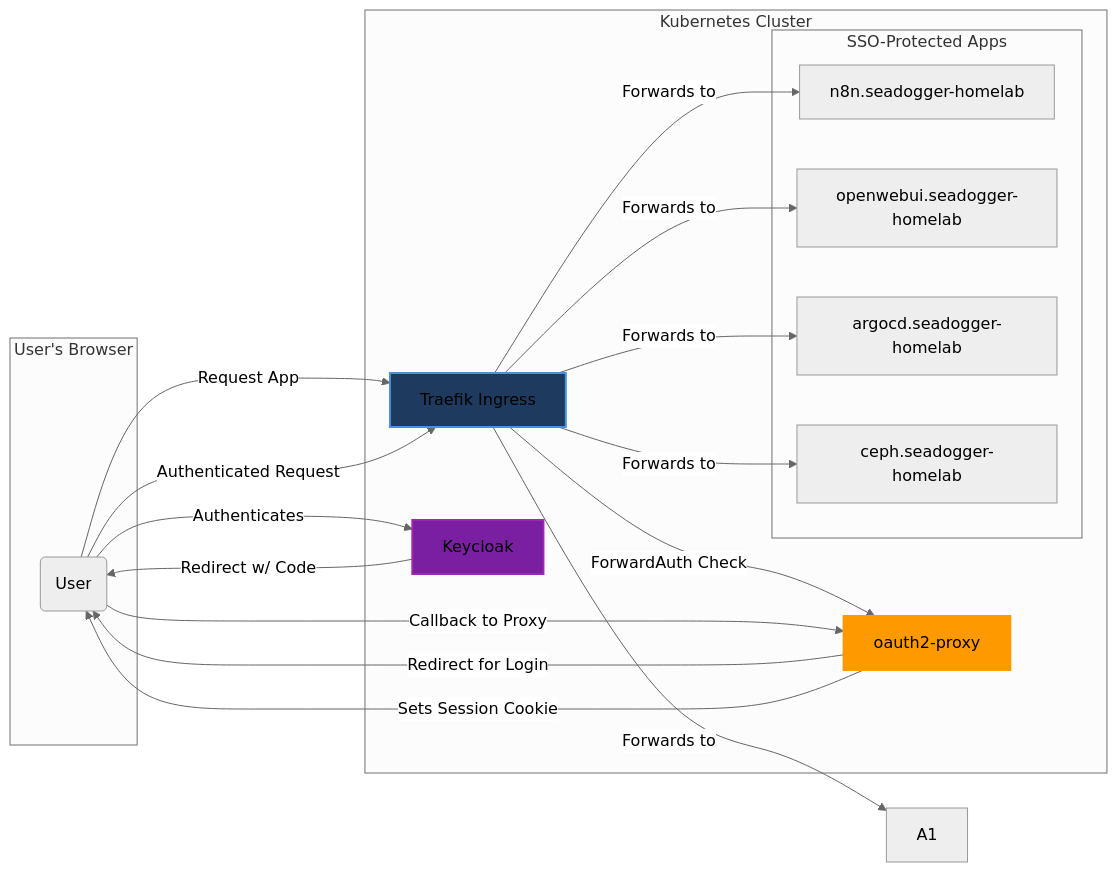
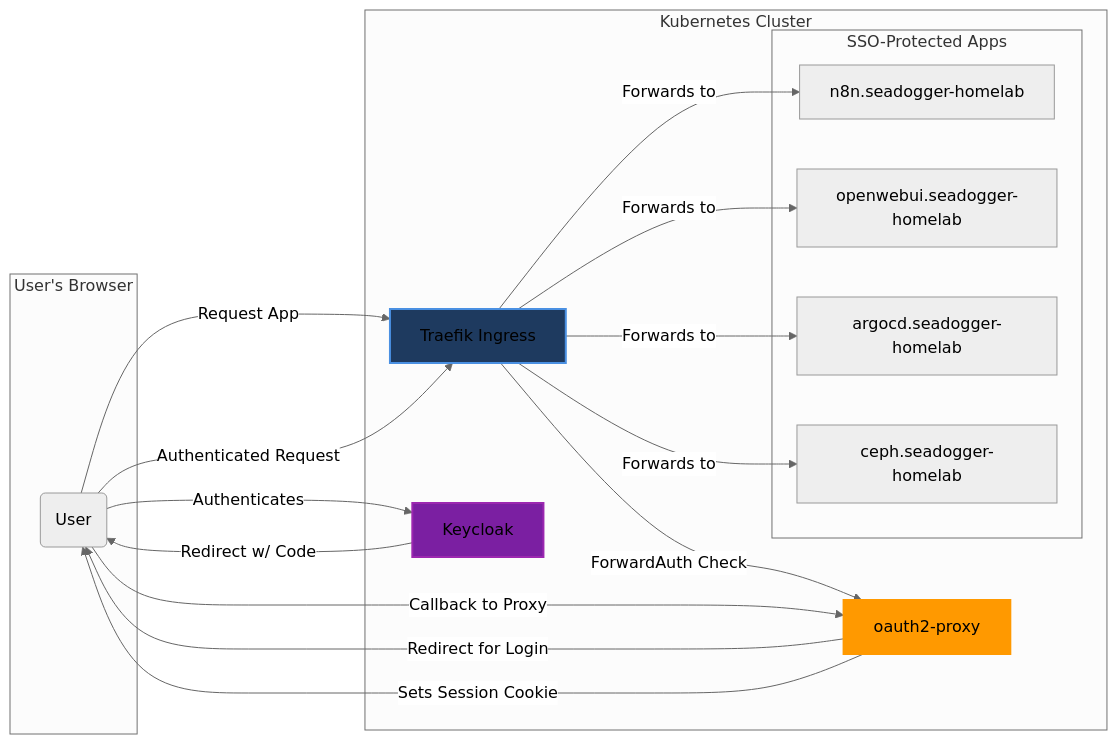
One commit to seadogger-tech/seadogger-homelab changed the fifth of 8 diagrams in docs/wiki/08-Security-and-Certificates.md. Above: the diagram before and after it, drawn with Mermaid (neutral theme). The commit also changed 8 other files, not shown here.

````diff
--- a/docs/wiki/08-Security-and-Certificates.md
+++ b/docs/wiki/08-Security-and-Certificates.md
@@ -238,37 +238,36 @@
 ```mermaid
 graph LR
     subgraph "User's Browser"
         U(User)
     end
 
     subgraph "Kubernetes Cluster"
         T[Traefik Ingress]
         O[oauth2-proxy]
         K[Keycloak]
         subgraph "SSO-Protected Apps"
             A2[n8n.seadogger-homelab]
             A3[openwebui.seadogger-homelab]
             A6[argocd.seadogger-homelab]
             A7[ceph.seadogger-homelab]
         end
     end
 
     U -- "Request App" --> T
     T -- "ForwardAuth Check" --> O
     O -- "Redirect for Login" --> U
     U -- "Authenticates" --> K
     K -- "Redirect w/ Code" --> U
     U -- "Callback to Proxy" --> O
     O -- "Sets Session Cookie" --> U
     U -- "Authenticated Request" --> T
     
-    T -- "Forwards to" --> A1
     T -- "Forwards to" --> A2
     T -- "Forwards to" --> A3
     T -- "Forwards to" --> A6
     T -- "Forwards to" --> A7
 
     style T fill:#1e3a5f,stroke:#4a90e2,stroke-width:2px
     style O fill:#ff9900,stroke:#ff9900,stroke-width:2px
     style K fill:#7b1fa2,stroke:#9c27b0,stroke-width:2px
 ```
````
